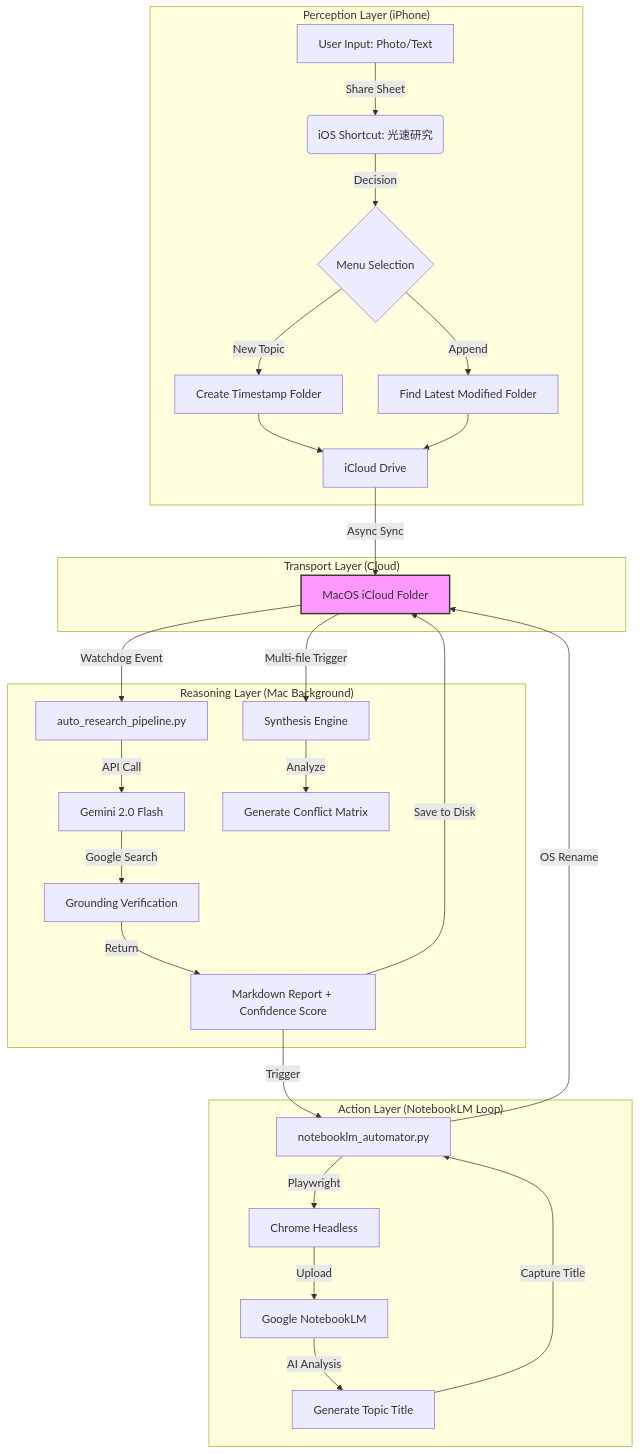
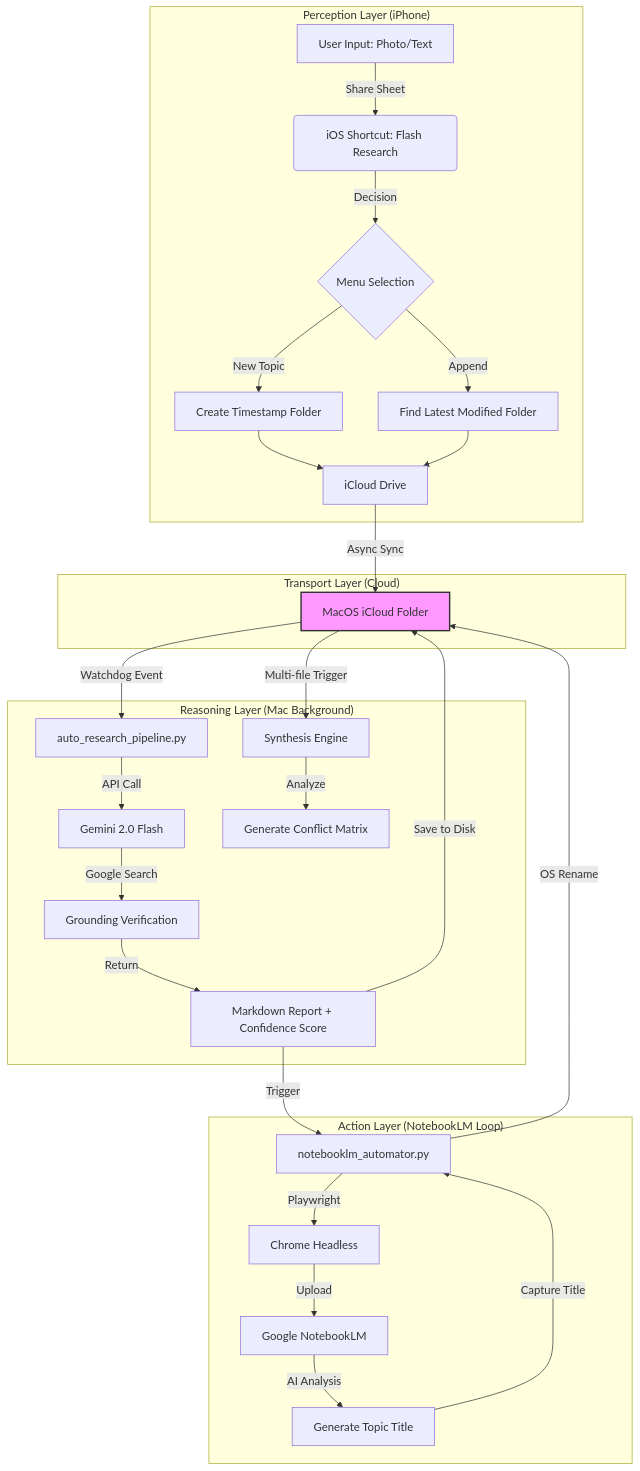
One commit to pepitopere23/FlashSquirrel changed the diagram in 系統架構手冊.md. Above: the diagram before and after it, drawn with Mermaid. The commit also changed other lines of this file and 5 other files, not shown here.

````diff
--- a/系統架構手冊.md
+++ b/系統架構手冊.md
@@ -50,36 +99,36 @@
 ```mermaid
 graph TD
     subgraph "Perception Layer (iPhone)"
-        A[User Input: Photo/Text] -->|Share Sheet| B(iOS Shortcut: 光速研究)
+        A[User Input: Photo/Text] -->|Share Sheet| B(iOS Shortcut: Flash Research)
         B -->|Decision| C{Menu Selection}
         C -->|New Topic| D[Create Timestamp Folder]
         C -->|Append| E[Find Latest Modified Folder]
         D --> F[iCloud Drive]
         E --> F
     end
 
     subgraph "Transport Layer (Cloud)"
         F -->|Async Sync| G[MacOS iCloud Folder]
     end
 
     subgraph "Reasoning Layer (Mac Background)"
         G -->|Watchdog Event| H[auto_research_pipeline.py]
         H -->|API Call| I[Gemini 2.0 Flash]
         I -->|Google Search| J[Grounding Verification]
         J -->|Return| K[Markdown Report + Confidence Score]
         K -->|Save to Disk| G
         
         G -->|Multi-file Trigger| L[Synthesis Engine]
         L -->|Analyze| M[Generate Conflict Matrix]
     end
 
     subgraph "Action Layer (NotebookLM Loop)"
         K -->|Trigger| N[notebooklm_automator.py]
         N -->|Playwright| O[Chrome Headless]
         O -->|Upload| P[Google NotebookLM]
         P -->|AI Analysis| Q[Generate Topic Title]
         Q -->|Capture Title| N
         N -->|OS Rename| G
         style G fill:#f9f,stroke:#333,stroke-width:2px
     end
 ```
````
